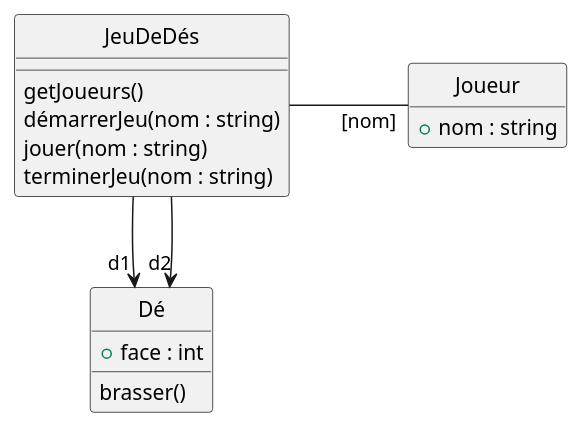
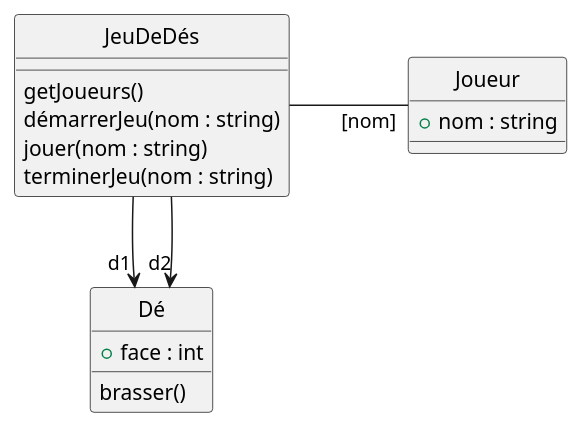
Before and after one commit to fuhrmanator/log210-ndc-quarto: the second of 4 diagrams in presentations/vitrine-rel/open-source-tools-fabriqueREL2023.qmd, drawn with PlantUML. The commit also changed other lines of this file and 1 other file, not shown here.

````diff
--- a/presentations/vitrine-rel/open-source-tools-fabriqueREL2023.qmd
+++ b/presentations/vitrine-rel/open-source-tools-fabriqueREL2023.qmd
@@ -183,22 +201,22 @@
 ```{.plantuml #fig-ddcDes caption="Diagramme de classes."}
 @startuml
 skinparam style strictuml
-hide empty methods
+skinparam backgroundcolor transparent
 class Dé {
     + face : int
     brasser()
 }
 class JeuDeDés {
     getJoueurs()
     démarrerJeu(nom : string)
     jouer(nom : string)
     terminerJeu(nom : string)
 }
 class Joueur {
     + nom : string
 }
 JeuDeDés --> "d1" Dé
 JeuDeDés --> "d2" Dé
 JeuDeDés -right- "[nom]" Joueur : "             "
 @enduml
 ```
````
